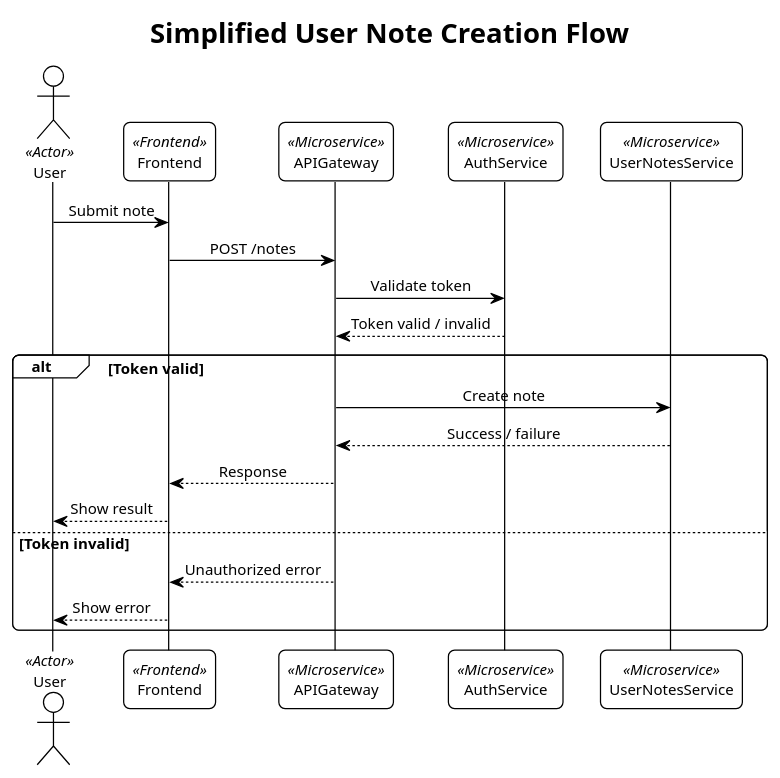
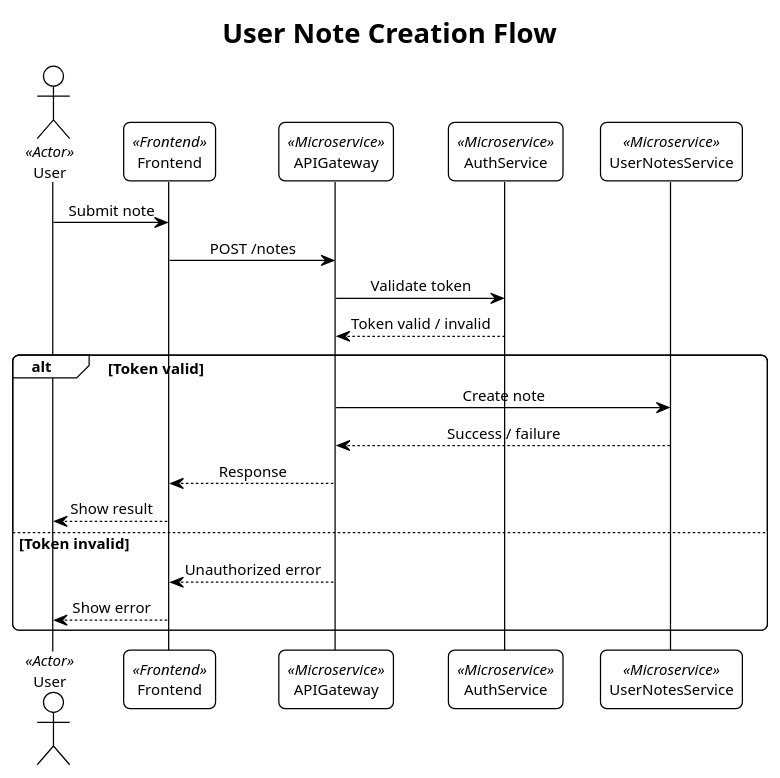
Before and after one commit to Guillermode20/softarch2-uni-work: the diagram in process/process-user-note-creation.puml, drawn with PlantUML. The commit also changed 2 other files, not shown here.

Commit message:
fix: Update diagram generation script to output JPG format and improve logging
- Changed output format from PNG to JPG in the diagram generation script.
- Enhanced logging to display the command being executed for better debugging.
- Updated title in the user note creation diagram for clarity.

```diff
--- a/process/process-user-note-creation.puml
+++ b/process/process-user-note-creation.puml
@@ -1,35 +1,35 @@
 @startuml UserNoteCreationSequence
 !theme plain
 skinparam ClassAttributeIconSize 0
 skinparam roundcorner 10
 skinparam sequenceMessageAlign center
 skinparam DefaultFontName "Arial"
 skinparam DefaultFontSize 12
 skinparam shadowing false
 
-title Simplified User Note Creation Flow
+title User Note Creation Flow
 
 ' ===== Participants =====
 actor User <<Actor>>
 participant Frontend <<Frontend>>
 participant APIGateway <<Microservice>>
 participant AuthService <<Microservice>>
 participant UserNotesService <<Microservice>>
 
 ' ===== User Note Creation Flow =====
 User -> Frontend: Submit note
 Frontend -> APIGateway: POST /notes
 APIGateway -> AuthService: Validate token
 AuthService --> APIGateway: Token valid / invalid
 
 alt Token valid
     APIGateway -> UserNotesService: Create note
     UserNotesService --> APIGateway: Success / failure
     APIGateway --> Frontend: Response
     Frontend --> User: Show result
 else Token invalid
     APIGateway --> Frontend: Unauthorized error
     Frontend --> User: Show error
 end
 
 @enduml
```
